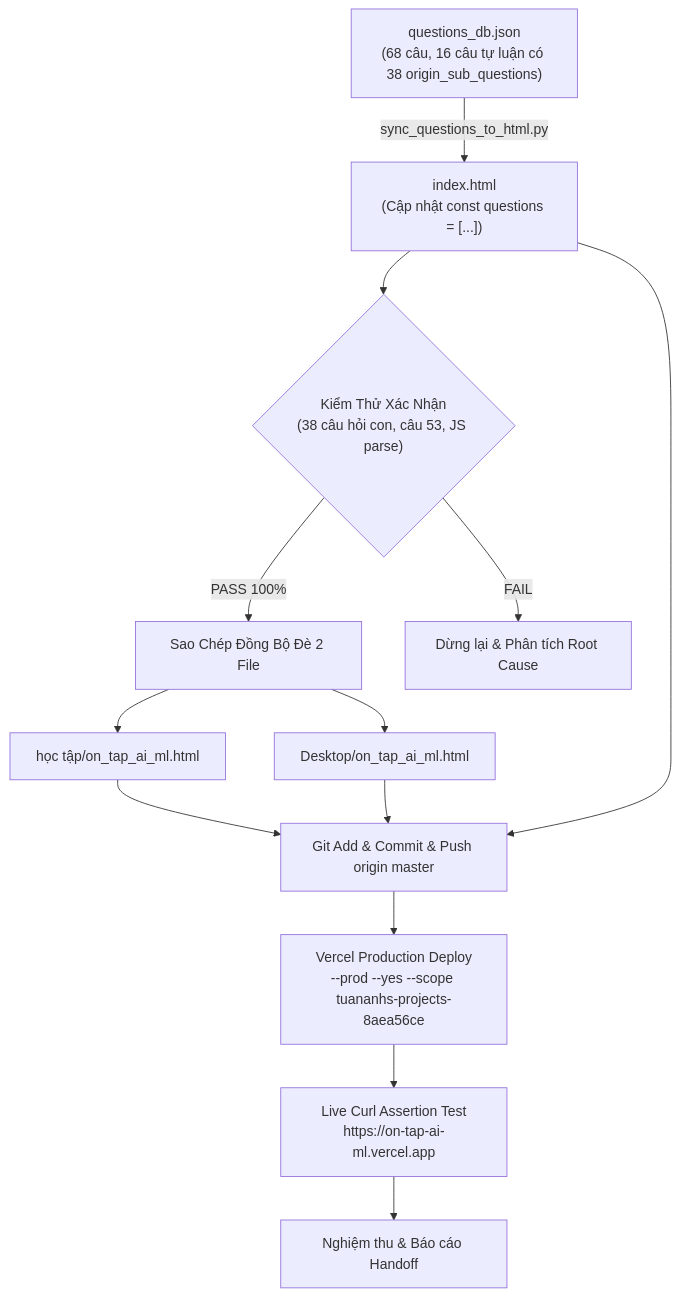
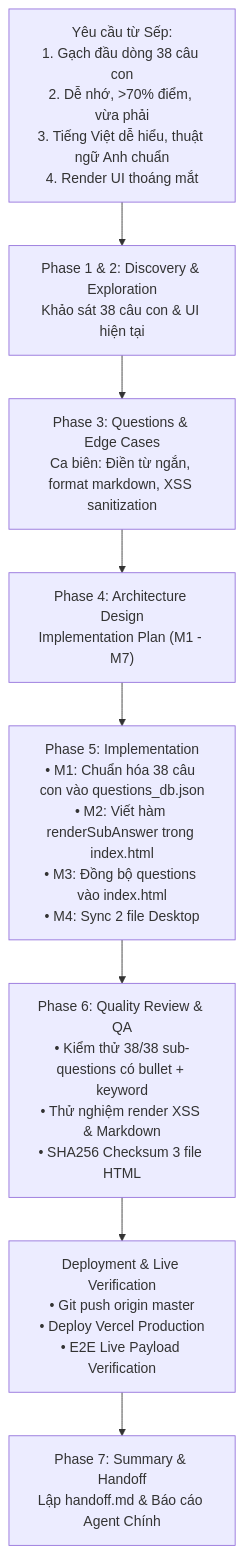
Before and after one commit to nep94121-lab/on-tap-ai-ml: the diagram in pipeline_diagram.md, drawn with Mermaid. The commit also changed other lines of this file and 7 other files, not shown here.

Commit message:
feat(sub-questions): format all 38 sub-answers with bullets and bold keywords, add renderSubAnswer UI

````diff
--- a/pipeline_diagram.md
+++ b/pipeline_diagram.md
@@ -3,13 +3,16 @@
 ```mermaid
-graph TD
-    A["questions_db.json<br/>(68 câu, 16 câu tự luận có 38 origin_sub_questions)"] -->|sync_questions_to_html.py| B["index.html<br/>(Cập nhật const questions = [...])"]
-    B --> C{"Kiểm Thử Xác Nhận<br/>(38 câu hỏi con, câu 53, JS parse)"}
-    C -->|PASS 100%| D["Sao Chép Đồng Bộ Đè 2 File"]
-    D --> D1["học tập/on_tap_ai_ml.html"]
-    D --> D2["Desktop/on_tap_ai_ml.html"]
-    C -->|FAIL| ERR["Dừng lại & Phân tích Root Cause"]
-    D1 & D2 & B --> E["Git Add & Commit & Push origin master"]
-    E --> F["Vercel Production Deploy<br/>--prod --yes --scope tuananhs-projects-8aea56ce"]
-    F --> G["Live Curl Assertion Test<br/>https://on-tap-ai-ml.vercel.app"]
-    G --> H["Nghiệm thu & Báo cáo Handoff"]
+flowchart TD
+    A["Yêu cầu từ Sếp:<br/>1. Gạch đầu dòng 38 câu con<br/>2. Dễ nhớ, >70% điểm, vừa phải<br/>3. Tiếng Việt dễ hiểu, thuật ngữ Anh chuẩn<br/>4. Render UI thoáng mắt"] --> B["Phase 1 & 2: Discovery & Exploration<br/>Khảo sát 38 câu con & UI hiện tại"]
+    
+    B --> C["Phase 3: Questions & Edge Cases<br/>Ca biên: Điền từ ngắn, format markdown, XSS sanitization"]
+    
+    C --> D["Phase 4: Architecture Design<br/>Implementation Plan (M1 - M7)"]
+    
+    D --> E["Phase 5: Implementation<br/>• M1: Chuẩn hóa 38 câu con vào questions_db.json<br/>• M2: Viết hàm renderSubAnswer trong index.html<br/>• M3: Đồng bộ questions vào index.html<br/>• M4: Sync 2 file Desktop"]
+    
+    E --> F["Phase 6: Quality Review & QA<br/>• Kiểm thử 38/38 sub-questions có bullet + keyword<br/>• Thử nghiệm render XSS & Markdown<br/>• SHA256 Checksum 3 file HTML"]
+    
+    F --> G["Deployment & Live Verification<br/>• Git push origin master<br/>• Deploy Vercel Production<br/>• E2E Live Payload Verification"]
+    
+    G --> H["Phase 7: Summary & Handoff<br/>Lập handoff.md & Báo cáo Agent Chính"]
 ```
````
